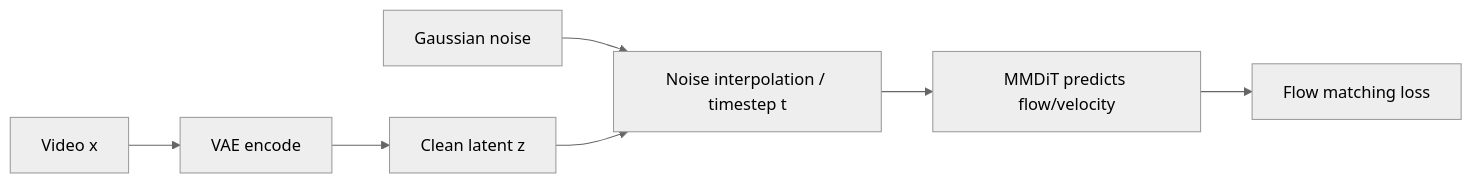
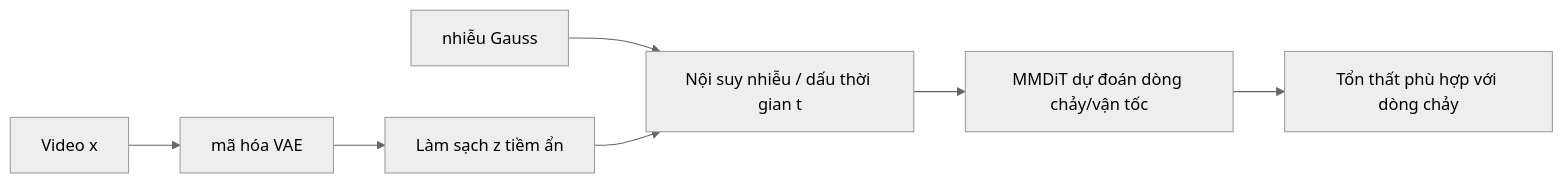
The third of 3 diagrams in docs/research_finding/01-gwen/qwen_models/Qwen-robotworld/architecture.md (cycler04/VinRobotics-VLA), drawn with Mermaid (neutral theme) before and after one commit. The commit also changed other lines of this file and 24 other files, not shown here.

````diff
--- a/docs/research_finding/01-gwen/qwen_models/Qwen-robotworld/architecture.md
+++ b/docs/research_finding/01-gwen/qwen_models/Qwen-robotworld/architecture.md
@@ -166,9 +166,9 @@
 ```mermaid
 flowchart LR
-  X[Video x] --> E[VAE encode]
-  E --> Z[Clean latent z]
-  N[Gaussian noise] --> M[Noise interpolation / timestep t]
+  X[Video x] --> E[mã hóa VAE]
+  E --> Z[Làm sạch z tiềm ẩn]
+  N[nhiễu Gauss] --> M[Nội suy nhiễu / dấu thời gian t]
   Z --> M
-  M --> D[MMDiT predicts flow/velocity]
-  D --> L[Flow matching loss]
+  M --> D[MMDiT dự đoán dòng chảy/vận tốc]
+  D --> L[Tổn thất phù hợp với dòng chảy]
 ```
````
